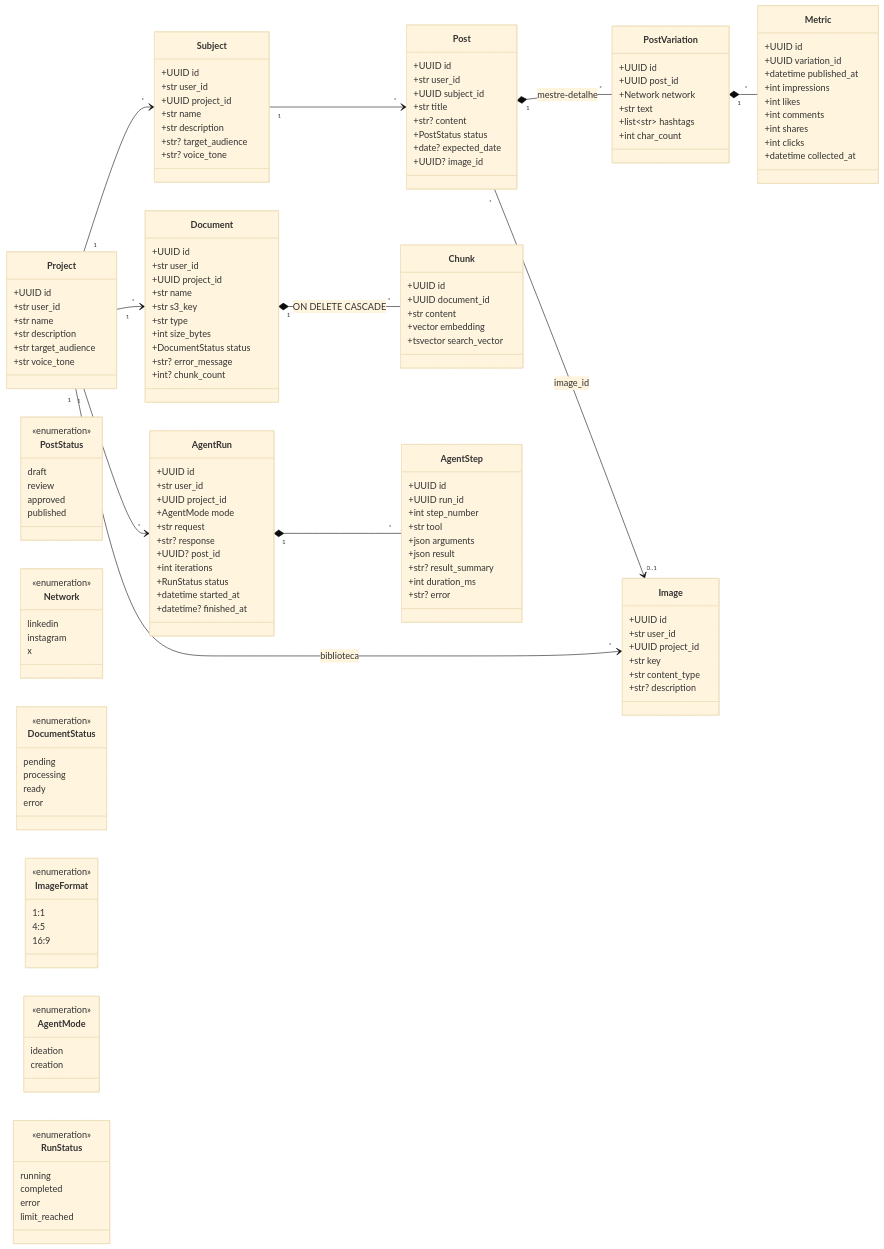
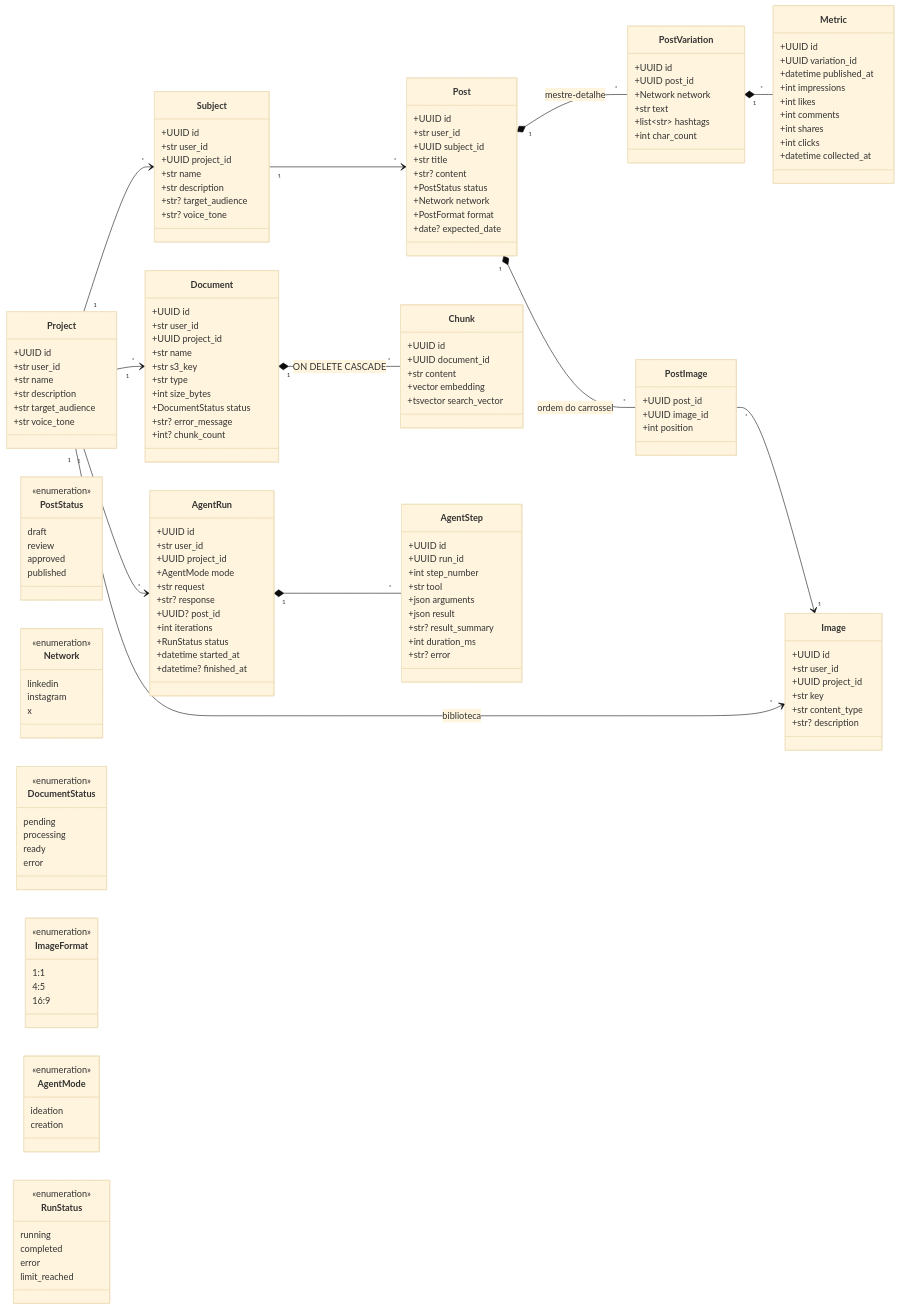
Before and after one commit to JonasRocha189/postpilot-ai: the diagram in _docs/modelo-de-dados.md, drawn with Mermaid (base theme). The commit also changed other lines of this file and 55 other files, not shown here.

Commit message:
feat: post network/format, best practices page and artwork editor (single image + carousel)

```diff
--- a/_docs/modelo-de-dados.md
+++ b/_docs/modelo-de-dados.md
@@ -55,8 +55,15 @@
         +str title
         +str? content
         +PostStatus status
+        +Network network
+        +PostFormat format
         +date? expected_date
-        +UUID? image_id
+    }
+
+    class PostImage {
+        +UUID post_id
+        +UUID image_id
+        +int position
     }
 
     class PostVariation {
@@ -186,7 +193,8 @@
     Subject "1" --> "*" Post
     Post "1" *-- "*" PostVariation : mestre-detalhe
     Project "1" --> "*" Image : biblioteca
-    Post "*" --> "0..1" Image : image_id
+    Post "1" *-- "*" PostImage : ordem do carrossel
+    PostImage "*" --> "1" Image
     PostVariation "1" *-- "*" Metric
     Document "1" *-- "*" Chunk : ON DELETE CASCADE
     AgentRun "1" *-- "*" AgentStep
```
